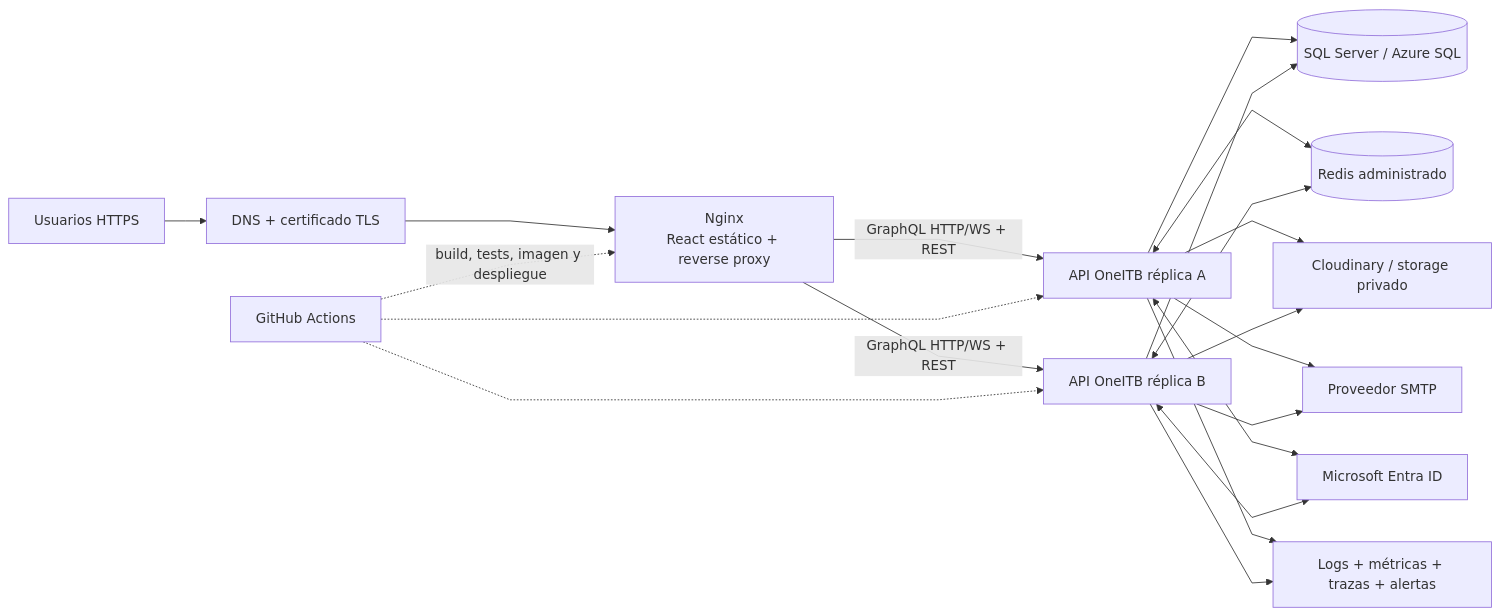
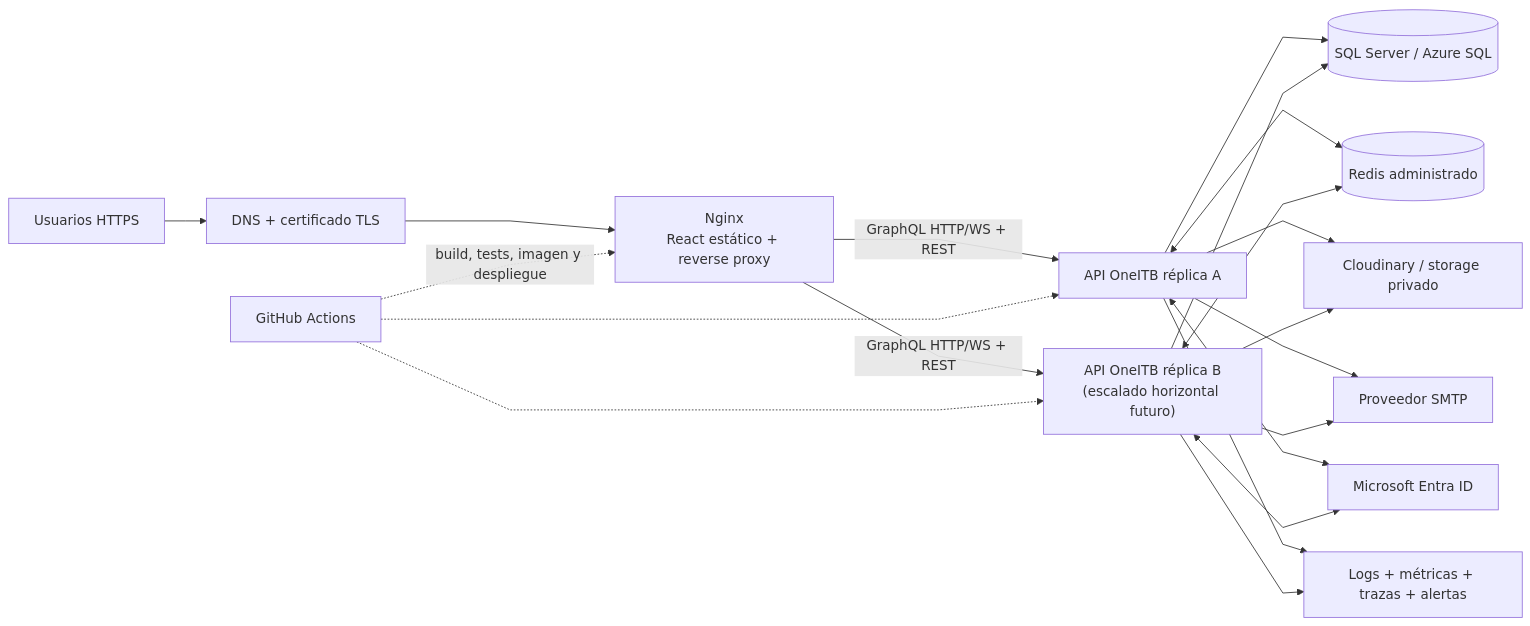
Before and after one commit to fagdiaz/OneITB: diagram 12 of 13 in docs/academic/04-design-diagrams.md, drawn with Mermaid. The commit also changed other lines of this file and 109 other files, not shown here.

````diff
--- a/docs/academic/04-design-diagrams.md
+++ b/docs/academic/04-design-diagrams.md
@@ -715,35 +774,35 @@
 ```mermaid
 %%{init: {"theme": "default", "flowchart": {"curve": "linear"}}}%%
 flowchart LR
     USER["Usuarios HTTPS"]
     DNS["DNS + certificado TLS"]
     NGINX["Nginx<br/>React estático + reverse proxy"]
     API1["API OneITB réplica A"]
-    API2["API OneITB réplica B"]
+    API2["API OneITB réplica B<br/>(escalado horizontal futuro)"]
     SQL[("SQL Server / Azure SQL")]
     REDIS[("Redis administrado")]
     CLOUD["Cloudinary / storage privado"]
     SMTP["Proveedor SMTP"]
     ENTRA["Microsoft Entra ID"]
     OBS["Logs + métricas + trazas + alertas"]
     CICD["GitHub Actions"]
 
     USER --> DNS --> NGINX
     NGINX -->|"GraphQL HTTP/WS + REST"| API1
     NGINX -->|"GraphQL HTTP/WS + REST"| API2
     API1 --> SQL
     API2 --> SQL
     API1 <--> REDIS
     API2 <--> REDIS
     API1 --> CLOUD
     API2 --> CLOUD
     API1 --> SMTP
     API2 --> SMTP
     API1 <--> ENTRA
     API2 <--> ENTRA
     API1 --> OBS
     API2 --> OBS
     CICD -.->|"build, tests, imagen y despliegue"| NGINX
     CICD -.-> API1
     CICD -.-> API2
 ```
````
